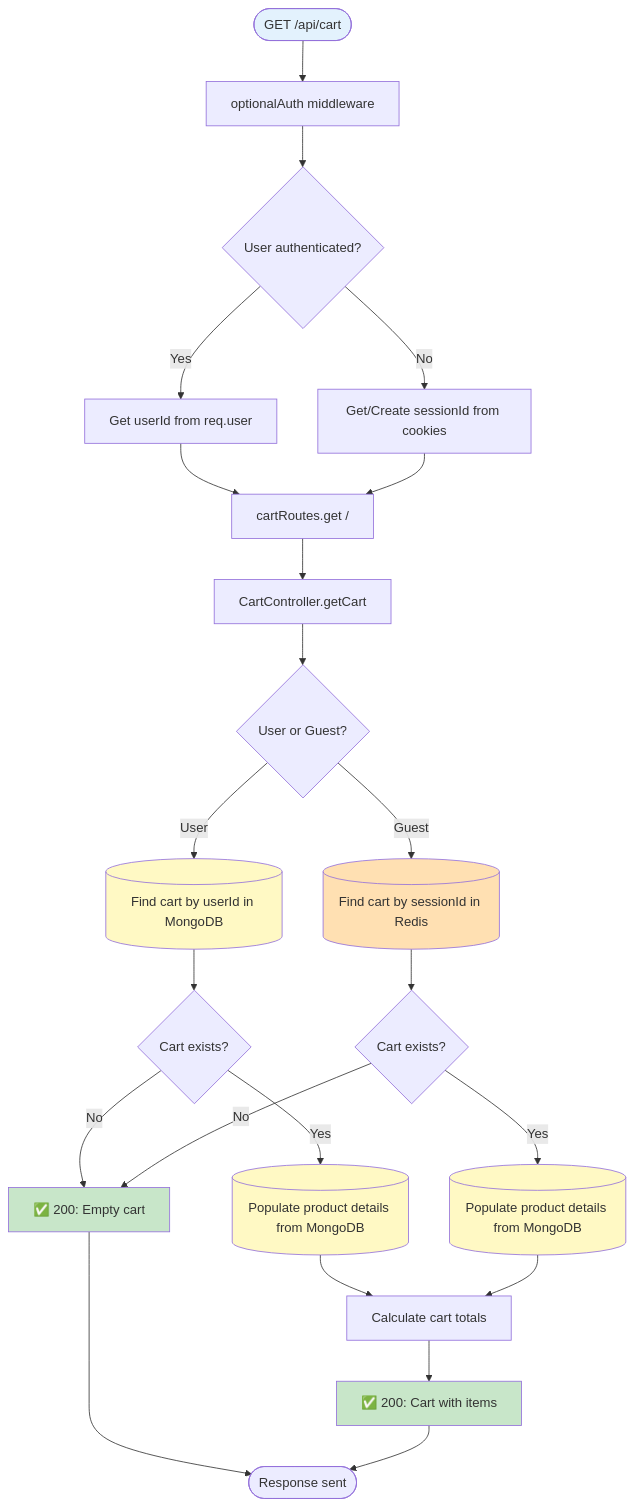
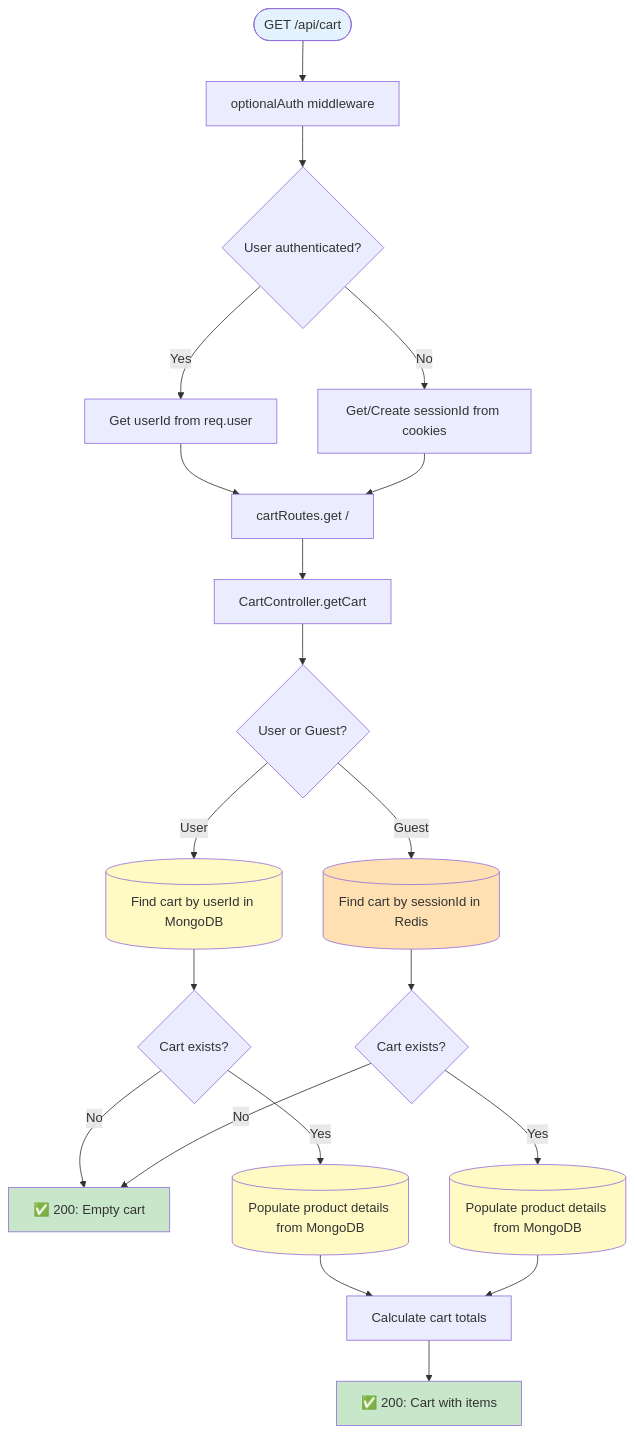
Before and after one commit to shmuelkapiloff/simple-: the tenth of 26 diagrams in docs/SERVER_ENDPOINTS_MAP.md, drawn with Mermaid. The commit also changed other lines of this file, not shown here.

Commit message:
fix: Remove End nodes from flowcharts to fix GitHub Mermaid rendering

````diff
--- a/docs/SERVER_ENDPOINTS_MAP.md
+++ b/docs/SERVER_ENDPOINTS_MAP.md
@@ -512,42 +477,40 @@
 ```mermaid
 flowchart TD
     Request([GET /api/cart]) --> OptionalAuth[optionalAuth middleware]
     OptionalAuth --> CheckAuth{User authenticated?}
     
     CheckAuth -->|Yes| GetUserId[Get userId from req.user]
     CheckAuth -->|No| GetSessionId[Get/Create sessionId from cookies]
     
     GetUserId --> RouteHandler[cartRoutes.get /]
     GetSessionId --> RouteHandler
     
     RouteHandler --> Controller[CartController.getCart]
     Controller --> ServiceCall{User or Guest?}
     
     ServiceCall -->|User| FindUserCart[(Find cart by userId in MongoDB)]
     ServiceCall -->|Guest| FindGuestCart[(Find cart by sessionId in Redis)]
     
     FindUserCart --> UserCartExists{Cart exists?}
     FindGuestCart --> GuestCartExists{Cart exists?}
     
     UserCartExists -->|No| ReturnEmpty["✅ 200: Empty cart"]
     UserCartExists -->|Yes| PopulateProducts[(Populate product details from MongoDB)]
     
     GuestCartExists -->|No| ReturnEmpty
     GuestCartExists -->|Yes| PopulateProductsGuest[(Populate product details from MongoDB)]
     
     PopulateProducts --> CalculateTotal[Calculate cart totals]
     PopulateProductsGuest --> CalculateTotal
     
     CalculateTotal --> Return200["✅ 200: Cart with items"]
     
-    ReturnEmpty --> End([Response sent])
-    Return200 --> End
     
     style Request fill:#e3f2fd
     style Return200 fill:#c8e6c9
     style ReturnEmpty fill:#c8e6c9
     style FindUserCart fill:#fff9c4
     style FindGuestCart fill:#ffe0b2
     style PopulateProducts fill:#fff9c4
     style PopulateProductsGuest fill:#fff9c4
 ```
````
